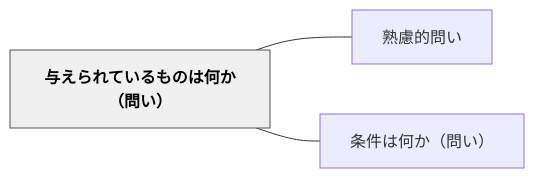
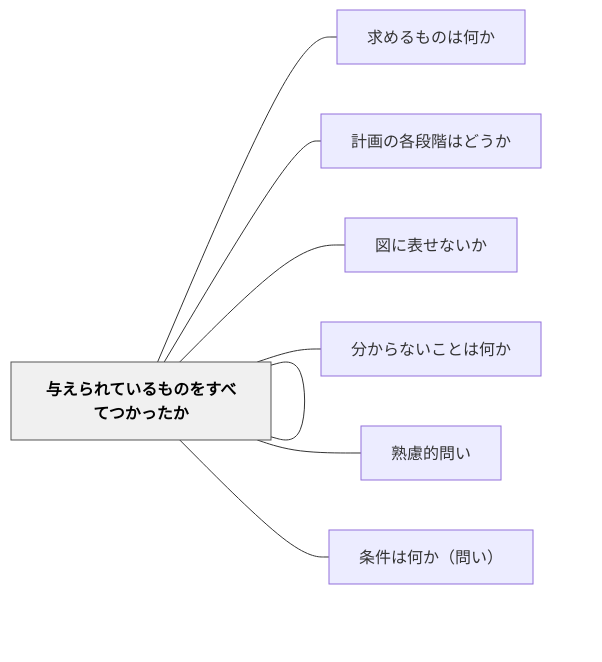
The diagram in content/パタン/与えられているものは何か（問い）.md (unknownthings-ed-patterns/unknownthings-ed-patterns), drawn with Mermaid before and after one commit. The commit also changed other lines of this file and 473 other files, not shown here.

````diff
--- a/content/パタン/与えられているものは何か（問い）.md
+++ b/content/パタン/与えられているものは何か（問い）.md
@@ -39,12 +44,22 @@
 ```mermaid
 flowchart LR
     ne4b88ee38188["与えられているものは何か（問い）"]
+    ne6b182e38281["求めるものは何か"]
+    ne8a888e794bb["計画の各段階はどうか"]
+    ne59bb3e381ab["図に表せないか"]
+    ne58886e3818b["分からないことは何か"]
+    ne4b88ee38188["与えられているものをすべてつかったか"]
     ne7869fe685ae["熟慮的問い"]
     ne69da1e4bbb6["条件は何か（問い）"]
 
+    ne4b88ee38188 --- ne6b182e38281
+    ne4b88ee38188 --- ne8a888e794bb
+    ne4b88ee38188 --- ne59bb3e381ab
+    ne4b88ee38188 --- ne58886e3818b
+    ne4b88ee38188 --- ne4b88ee38188
     ne4b88ee38188 --- ne7869fe685ae
     ne4b88ee38188 --- ne69da1e4bbb6
 
     classDef hub fill:#f0f0f0,stroke:#555,color:#000,font-weight:bold
     class ne4b88ee38188 hub
 ```
````
